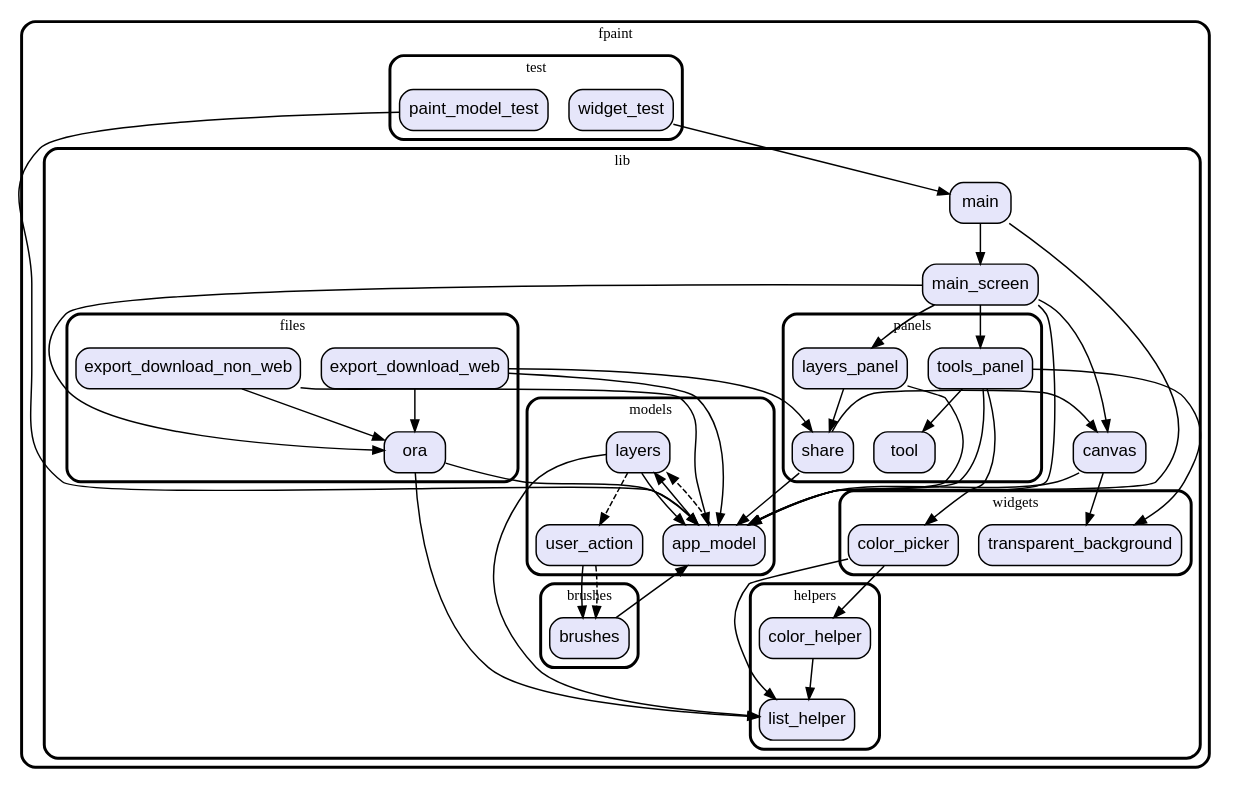
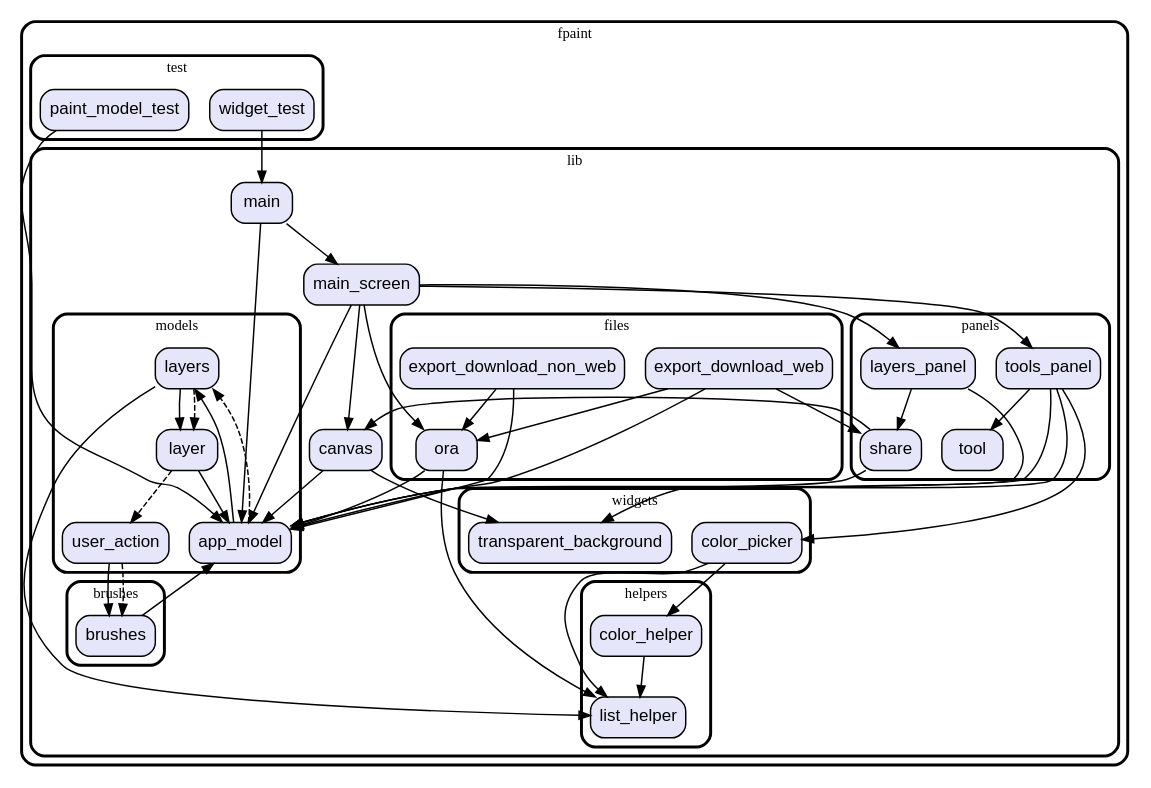
One commit to vteam-com/fPaint changed the diagram in graph.dot. Above: the diagram before and after it, drawn with Graphviz. The commit also changed 8 other files, not shown here.

```diff
--- a/graph.dot
+++ b/graph.dot
@@ -1,109 +1,113 @@
 digraph "" {
   graph [style=rounded fontname="Arial Black" fontsize=13 penwidth=2.6];
   node [shape=rect style="filled,rounded" fontname=Arial fontsize=15 fillcolor=Lavender penwidth=1.3];
   edge [penwidth=1.3];
   "/test/paint_model_test.dart" [label="paint_model_test"];
   "/test/widget_test.dart" [label="widget_test"];
   "/lib/brushes/brushes.dart" [label="brushes"];
   "/lib/panels/tools_panel.dart" [label="tools_panel"];
   "/lib/panels/layers_panel.dart" [label="layers_panel"];
   "/lib/panels/tool.dart" [label="tool"];
   "/lib/panels/share.dart" [label="share"];
   "/lib/models/layers.dart" [label="layers"];
   "/lib/models/user_action.dart" [label="user_action"];
   "/lib/models/app_model.dart" [label="app_model"];
+  "/lib/models/layer.dart" [label="layer"];
   "/lib/main.dart" [label="main"];
   "/lib/files/ora.dart" [label="ora"];
   "/lib/files/export_download_web.dart" [label="export_download_web"];
   "/lib/files/export_download_non_web.dart" [label="export_download_non_web"];
   "/lib/canvas.dart" [label="canvas"];
   "/lib/main_screen.dart" [label="main_screen"];
   "/lib/helpers/list_helper.dart" [label="list_helper"];
   "/lib/helpers/color_helper.dart" [label="color_helper"];
   "/lib/widgets/transparent_background.dart" [label="transparent_background"];
   "/lib/widgets/color_picker.dart" [label="color_picker"];
   subgraph "cluster~" {
     label="fpaint";
     subgraph "cluster~/test" {
       label="test";
       "/test/paint_model_test.dart";
       "/test/widget_test.dart";
     }
     subgraph "cluster~/lib" {
       label="lib";
       "/lib/main.dart";
       "/lib/canvas.dart";
       "/lib/main_screen.dart";
       subgraph "cluster~/lib/brushes" {
         label="brushes";
         "/lib/brushes/brushes.dart";
       }
       subgraph "cluster~/lib/panels" {
         label="panels";
         "/lib/panels/tools_panel.dart";
         "/lib/panels/layers_panel.dart";
         "/lib/panels/tool.dart";
         "/lib/panels/share.dart";
       }
       subgraph "cluster~/lib/models" {
         label="models";
         "/lib/models/layers.dart";
         "/lib/models/user_action.dart";
         "/lib/models/app_model.dart";
+        "/lib/models/layer.dart";
       }
       subgraph "cluster~/lib/files" {
         label="files";
         "/lib/files/ora.dart";
         "/lib/files/export_download_web.dart";
         "/lib/files/export_download_non_web.dart";
       }
       subgraph "cluster~/lib/helpers" {
         label="helpers";
         "/lib/helpers/list_helper.dart";
         "/lib/helpers/color_helper.dart";
       }
       subgraph "cluster~/lib/widgets" {
         label="widgets";
         "/lib/widgets/transparent_background.dart";
         "/lib/widgets/color_picker.dart";
       }
     }
   }
   "/test/paint_model_test.dart" -> "/lib/models/app_model.dart";
   "/test/widget_test.dart" -> "/lib/main.dart";
   "/lib/brushes/brushes.dart" -> "/lib/models/app_model.dart";
   "/lib/panels/tools_panel.dart" -> "/lib/models/app_model.dart";
   "/lib/panels/tools_panel.dart" -> "/lib/panels/tool.dart";
   "/lib/panels/tools_panel.dart" -> "/lib/widgets/color_picker.dart";
   "/lib/panels/tools_panel.dart" -> "/lib/widgets/transparent_background.dart";
   "/lib/panels/layers_panel.dart" -> "/lib/models/app_model.dart";
   "/lib/panels/layers_panel.dart" -> "/lib/panels/share.dart";
   "/lib/panels/share.dart" -> "/lib/canvas.dart";
   "/lib/panels/share.dart" -> "/lib/models/app_model.dart";
   "/lib/models/layers.dart" -> "/lib/helpers/list_helper.dart";
-  "/lib/models/layers.dart" -> "/lib/models/app_model.dart";
-  "/lib/models/layers.dart" -> "/lib/models/user_action.dart" [style=dashed];
+  "/lib/models/layers.dart" -> "/lib/models/layer.dart";
+  "/lib/models/layers.dart" -> "/lib/models/layer.dart" [style=dashed];
   "/lib/models/user_action.dart" -> "/lib/brushes/brushes.dart";
   "/lib/models/user_action.dart" -> "/lib/brushes/brushes.dart" [style=dashed];
   "/lib/models/app_model.dart" -> "/lib/models/layers.dart";
   "/lib/models/app_model.dart" -> "/lib/models/layers.dart" [style=dashed];
+  "/lib/models/layer.dart" -> "/lib/models/app_model.dart";
+  "/lib/models/layer.dart" -> "/lib/models/user_action.dart" [style=dashed];
   "/lib/main.dart" -> "/lib/main_screen.dart";
   "/lib/main.dart" -> "/lib/models/app_model.dart";
   "/lib/files/ora.dart" -> "/lib/helpers/list_helper.dart";
   "/lib/files/ora.dart" -> "/lib/models/app_model.dart";
   "/lib/files/export_download_web.dart" -> "/lib/files/ora.dart";
   "/lib/files/export_download_web.dart" -> "/lib/models/app_model.dart";
   "/lib/files/export_download_web.dart" -> "/lib/panels/share.dart";
   "/lib/files/export_download_non_web.dart" -> "/lib/files/ora.dart";
   "/lib/files/export_download_non_web.dart" -> "/lib/models/app_model.dart";
   "/lib/canvas.dart" -> "/lib/widgets/transparent_background.dart";
   "/lib/canvas.dart" -> "/lib/models/app_model.dart";
   "/lib/main_screen.dart" -> "/lib/canvas.dart";
   "/lib/main_screen.dart" -> "/lib/files/ora.dart";
   "/lib/main_screen.dart" -> "/lib/panels/layers_panel.dart";
   "/lib/main_screen.dart" -> "/lib/panels/tools_panel.dart";
   "/lib/main_screen.dart" -> "/lib/models/app_model.dart";
   "/lib/helpers/color_helper.dart" -> "/lib/helpers/list_helper.dart";
   "/lib/widgets/color_picker.dart" -> "/lib/helpers/color_helper.dart";
   "/lib/widgets/color_picker.dart" -> "/lib/helpers/list_helper.dart";
 }
```
